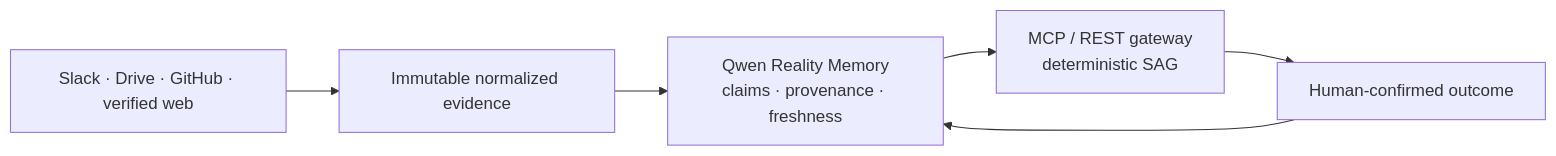
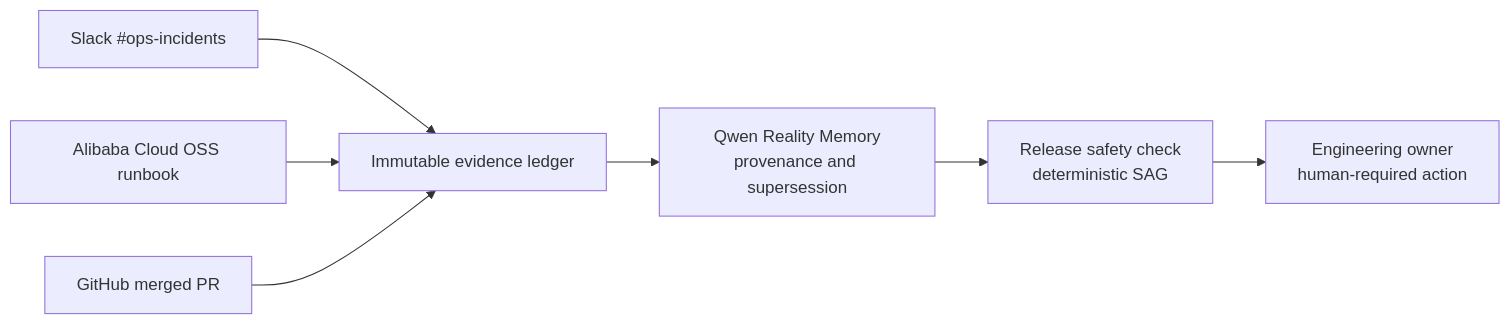
Before and after one commit to BoBbY-dev-0099/company-brain: the diagram in README.md, drawn with Mermaid. The commit also changed other lines of this file and 60 other files, not shown here.

````diff
--- a/README.md
+++ b/README.md
@@ -9,8 +10,9 @@
 ```mermaid
 flowchart LR
-  S["Slack · Drive · GitHub · verified web"] --> E["Immutable normalized evidence"]
-  E --> M["Qwen Reality Memory\nclaims · provenance · freshness"]
-  M --> G["MCP / REST gateway\ndeterministic SAG"]
-  G --> H["Human-confirmed outcome"]
-  H --> M
+  S["Slack #ops-incidents"] --> E["Immutable evidence ledger"]
+  D["Alibaba Cloud OSS runbook"] --> E
+  G["GitHub merged PR"] --> E
+  E --> M["Qwen Reality Memory\nprovenance and supersession"]
+  M --> R["Release safety check\ndeterministic SAG"]
+  R --> H["Engineering owner\nhuman-required action"]
 ```
````
